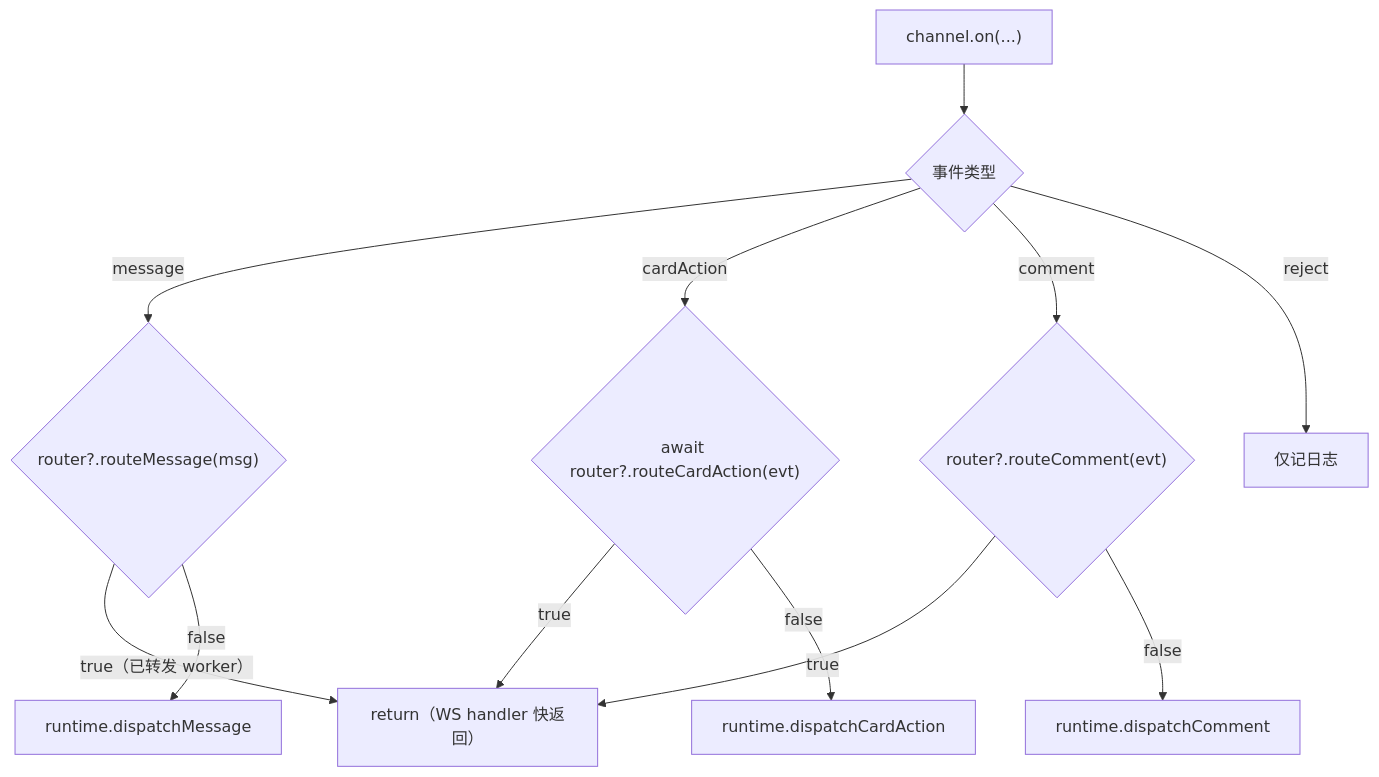
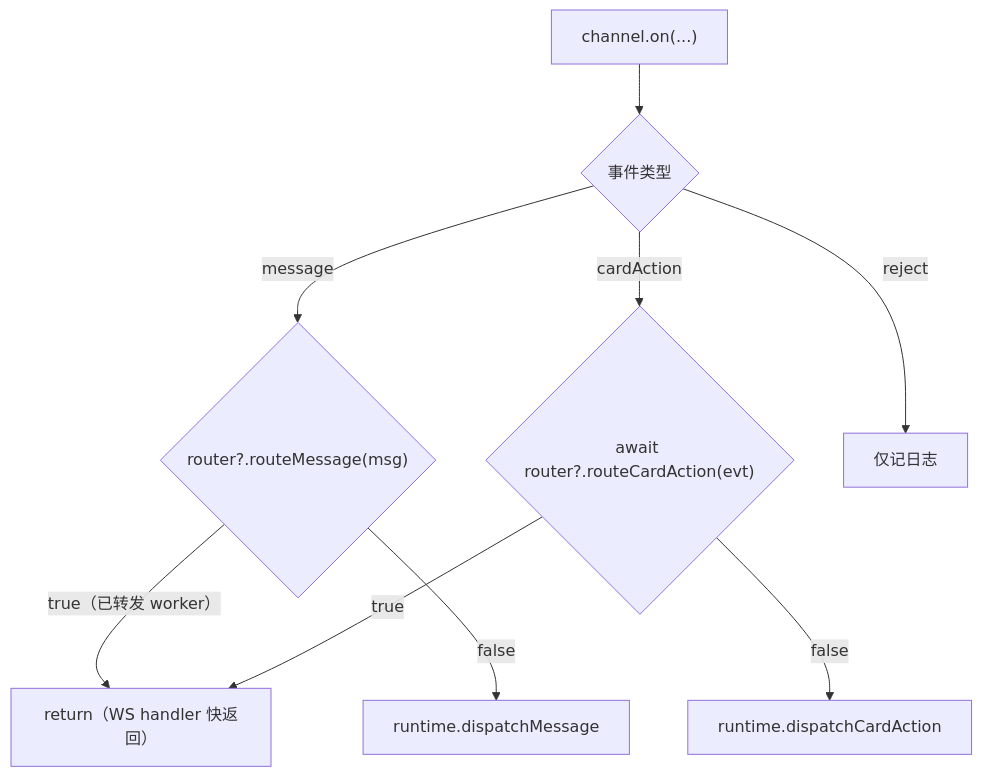
One commit to sorphwer/feishu-omp-bridge changed the first of 5 diagrams in how-it-works/03-feishu-transport.md. Above: the diagram before and after it, drawn with Mermaid. The commit also changed other lines of this file and 15 other files, not shown here.

````diff
--- a/how-it-works/03-feishu-transport.md
+++ b/how-it-works/03-feishu-transport.md
@@ -29,14 +29,11 @@
 ```mermaid
 flowchart TD
   WS["channel.on(...)"] --> M{"事件类型"}
   M -->|message| RM{"router?.routeMessage(msg)"}
   M -->|cardAction| RC{"await router?.routeCardAction(evt)"}
-  M -->|comment| RK{"router?.routeComment(evt)"}
   M -->|reject| LOG["仅记日志"]
   RM -->|"true（已转发 worker）"| FWD["return（WS handler 快返回）"]
   RC -->|true| FWD
-  RK -->|true| FWD
   RM -->|false| DM["runtime.dispatchMessage"]
   RC -->|false| DC["runtime.dispatchCardAction"]
-  RK -->|false| DK["runtime.dispatchComment"]
 ```
````
